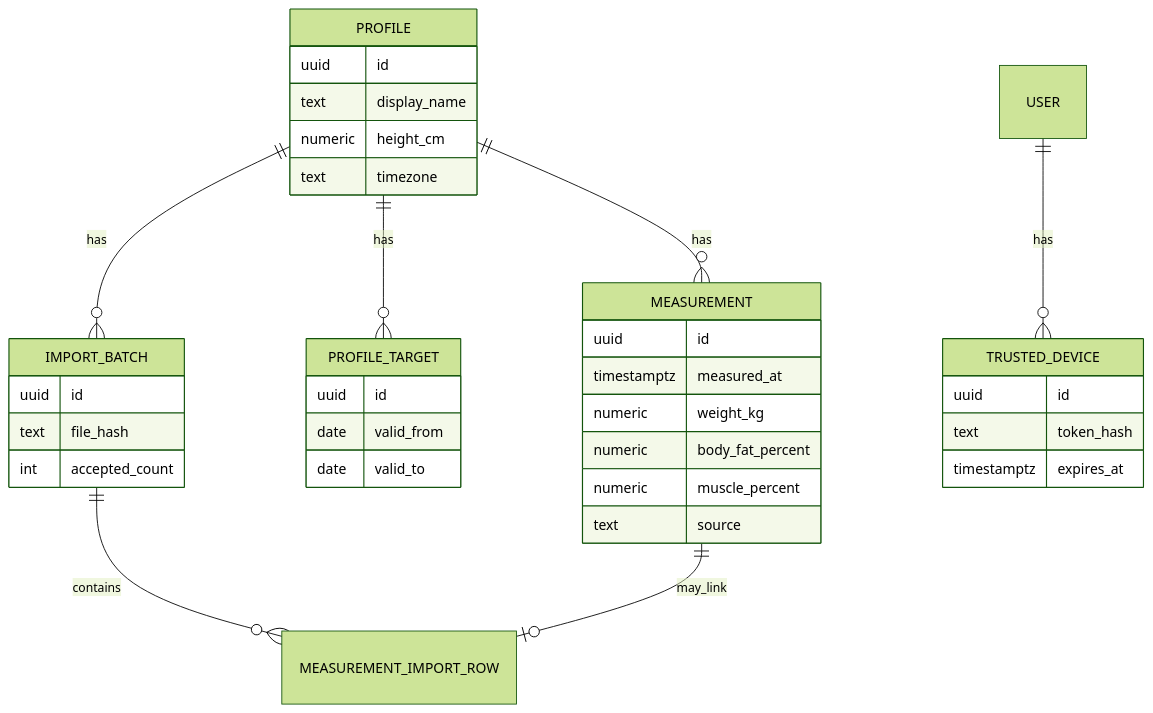
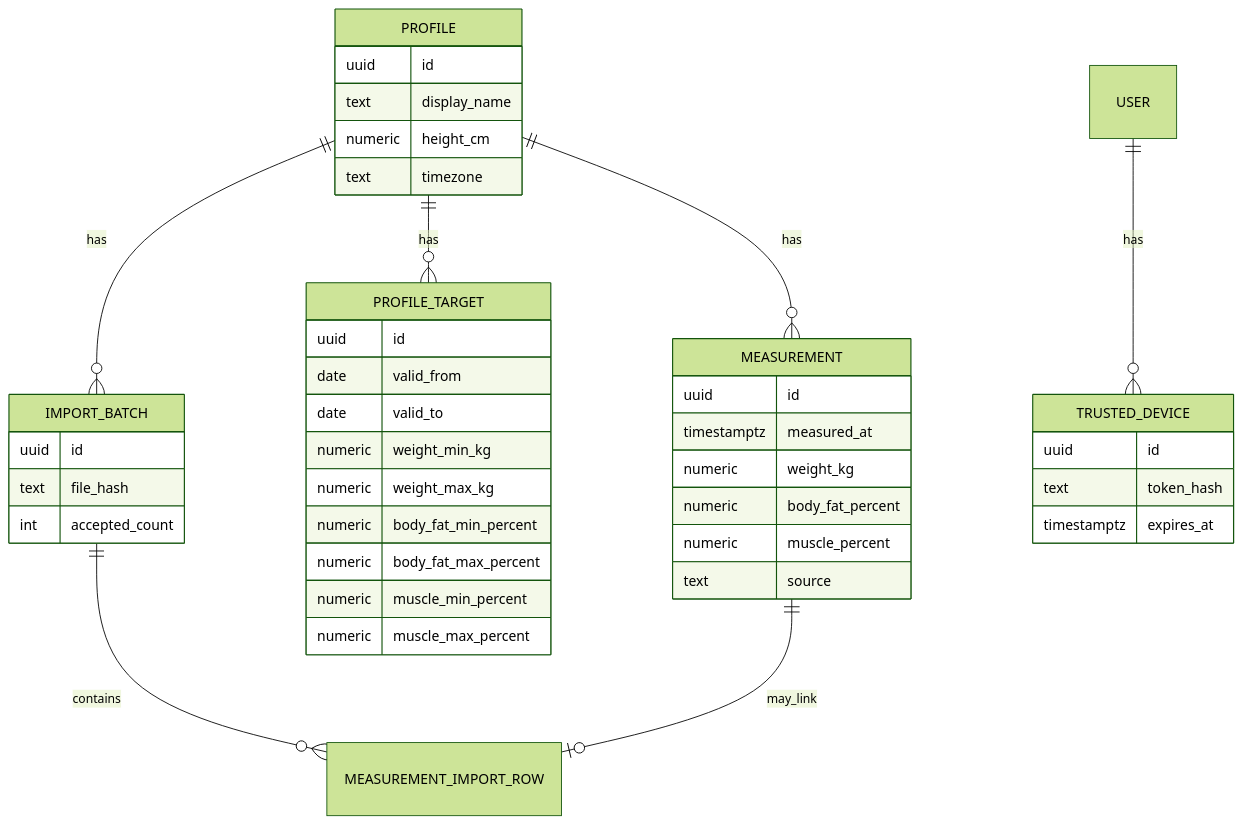
Before and after one commit to didac-crst/body-history: the fifth of 5 diagrams in docs/architecture.md, drawn with Mermaid (forest theme). The commit also changed other lines of this file and 25 other files, not shown here.

````diff
--- a/docs/architecture.md
+++ b/docs/architecture.md
@@ -57,39 +75,45 @@
 ```mermaid
 erDiagram
   PROFILE ||--o{ MEASUREMENT : has
   PROFILE ||--o{ PROFILE_TARGET : has
   PROFILE ||--o{ IMPORT_BATCH : has
   IMPORT_BATCH ||--o{ MEASUREMENT_IMPORT_ROW : contains
   MEASUREMENT ||--o| MEASUREMENT_IMPORT_ROW : may_link
   USER ||--o{ TRUSTED_DEVICE : has
 
   PROFILE {
     uuid id
     text display_name
     numeric height_cm
     text timezone
   }
   MEASUREMENT {
     uuid id
     timestamptz measured_at
     numeric weight_kg
     numeric body_fat_percent
     numeric muscle_percent
     text source
   }
   PROFILE_TARGET {
     uuid id
     date valid_from
     date valid_to
+    numeric weight_min_kg
+    numeric weight_max_kg
+    numeric body_fat_min_percent
+    numeric body_fat_max_percent
+    numeric muscle_min_percent
+    numeric muscle_max_percent
   }
   IMPORT_BATCH {
     uuid id
     text file_hash
     int accepted_count
   }
   TRUSTED_DEVICE {
     uuid id
     text token_hash
     timestamptz expires_at
   }
 ```
````
